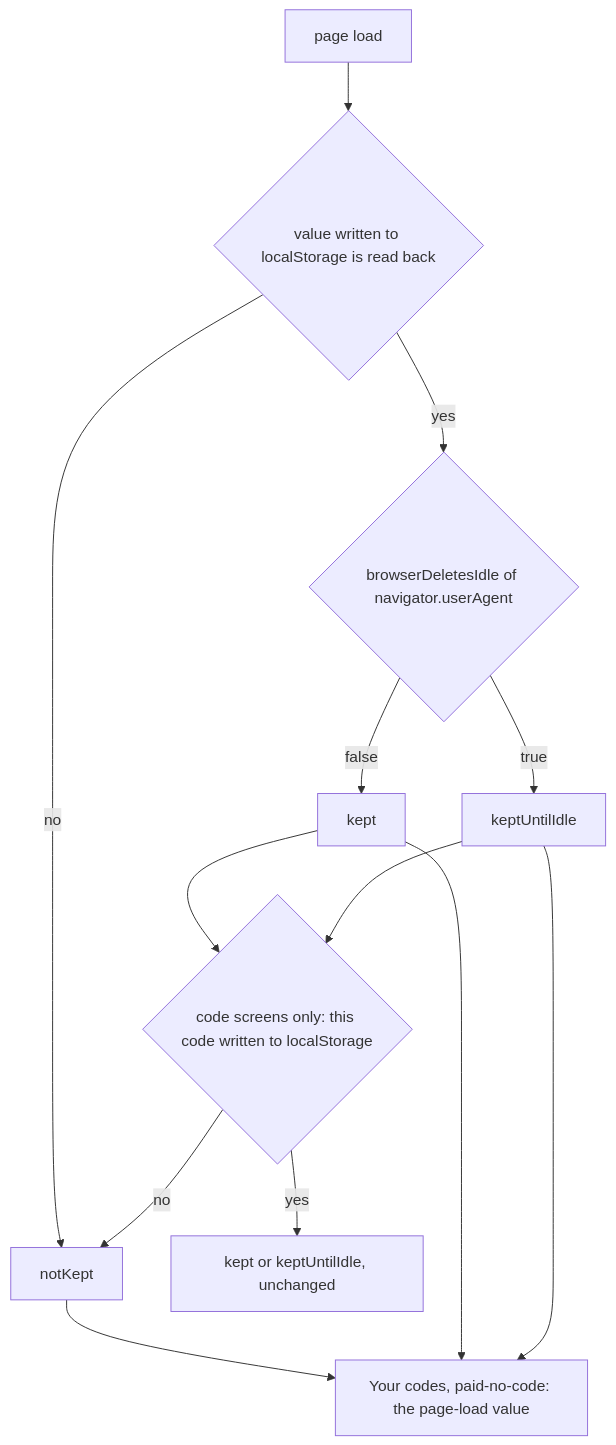
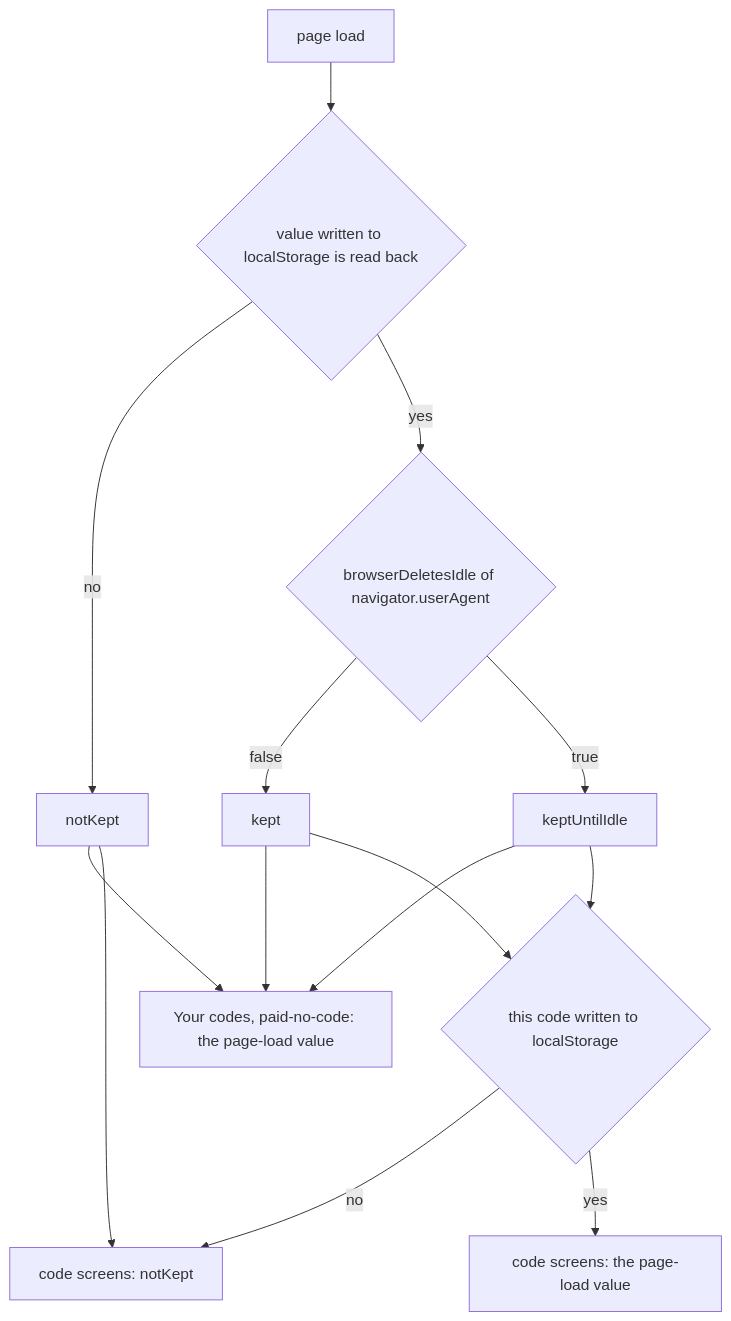
The diagram in plans/2026-11-17-badges-browser-deletes-codes.md (simplex-chat/simplex-chat), drawn with Mermaid before and after one commit. The commit also changed other lines of this file, not shown here.

Commit message:
plans: badges per-code notKept only on the code screens

````diff
--- a/plans/2026-11-17-badges-browser-deletes-codes.md
+++ b/plans/2026-11-17-badges-browser-deletes-codes.md
@@ -49,15 +49,16 @@
 ```mermaid
 flowchart TD
   load[page load] --> w0{value written to localStorage is read back}
   w0 -->|no| nk[notKept]
   w0 -->|yes| d{browserDeletesIdle of navigator.userAgent}
   d -->|false| k[kept]
   d -->|true| u[keptUntilIdle]
-  k --> cw{code screens only: this code written to localStorage}
-  u --> cw
-  cw -->|no| nk
-  cw -->|yes| same[kept or keptUntilIdle, unchanged]
   nk --> other[Your codes, paid-no-code: the page-load value]
   k --> other
   u --> other
+  nk --> csn[code screens: notKept]
+  k --> cw{this code written to localStorage}
+  u --> cw
+  cw -->|no| csn
+  cw -->|yes| same[code screens: the page-load value]
 ```
````
